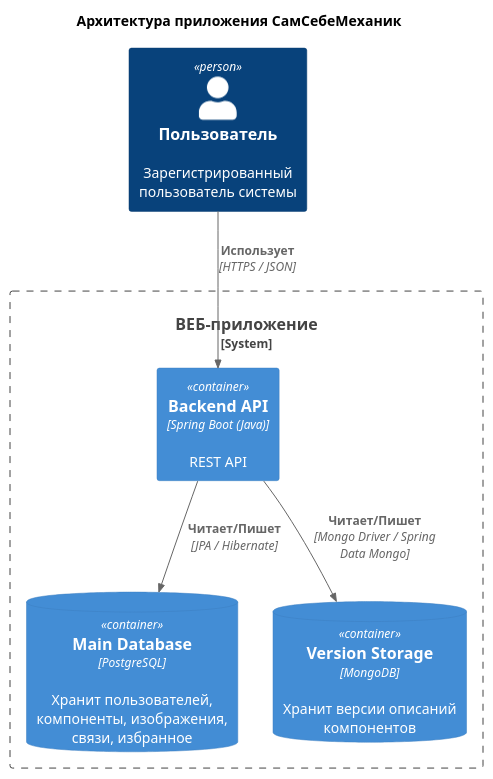
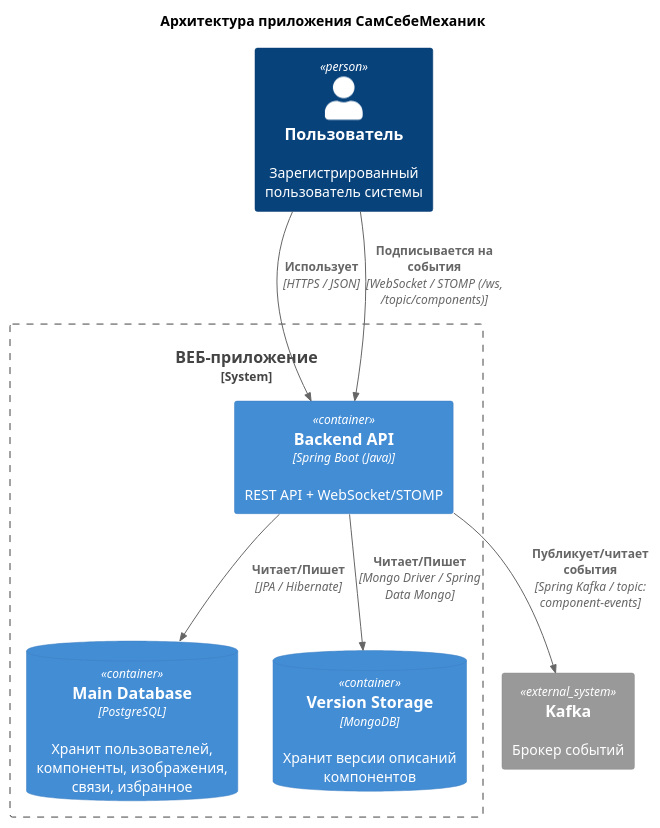
One commit to konstantinius96/catalog-service-1-1 changed the first of 2 diagrams in docs/diagrams/c4.pu. Above: the diagram before and after it, drawn with PlantUML. The commit also changed other lines of this file, not shown here.

Commit message:
Update c4.pu (KAFKA+WS)

```diff
--- a/docs/diagrams/c4.pu
+++ b/docs/diagrams/c4.pu
@@ -2,24 +2,28 @@
 @startuml
 
 !include <c4/C4_Container.puml>
 
 title Архитектура приложения СамСебеМеханик
 
 Person(user, "Пользователь", "Зарегистрированный пользователь системы")
 
 System_Boundary(system, "ВЕБ-приложение") {
 
-    Container(backend, "Backend API", "Spring Boot (Java)", "REST API")
+    Container(backend, "Backend API", "Spring Boot (Java)", "REST API + WebSocket/STOMP")
 
     ContainerDb(postgres, "Main Database", "PostgreSQL", "Хранит пользователей, компоненты, изображения, связи, избранное")
 
     ContainerDb(mongo, "Version Storage", "MongoDB", "Хранит версии описаний компонентов")
 
 }
 
+System_Ext(kafka, "Kafka", "Брокер событий")
+
 Rel(user, backend, "Использует", "HTTPS / JSON")
+Rel(user, backend, "Подписывается на события", "WebSocket / STOMP (/ws, /topic/components)")
 
 Rel(backend, postgres, "Читает/Пишет", "JPA / Hibernate")
 Rel(backend, mongo, "Читает/Пишет", "Mongo Driver / Spring Data Mongo")
+Rel(backend, kafka, "Публикует/читает события", "Spring Kafka / topic: component-events")
 
 @enduml
```
